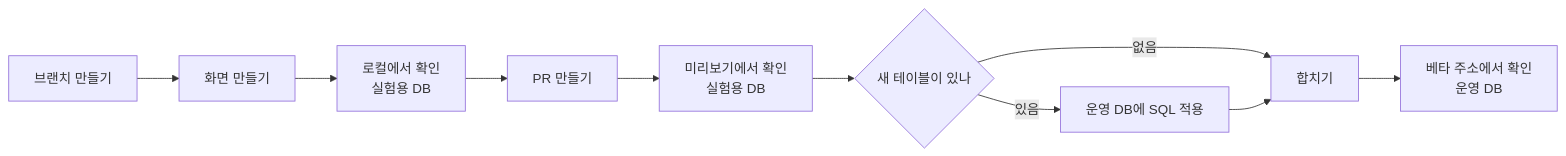
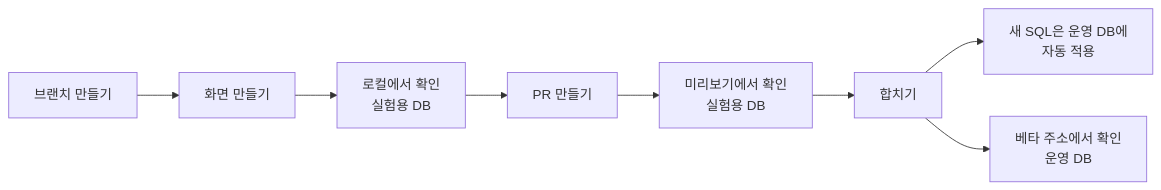
One commit to Rallit/Rallit-Prototype changed the diagram in CONTRIBUTING.md. Above: the diagram before and after it, drawn with Mermaid. The commit also changed other lines of this file and 3 other files, not shown here.

````diff
--- a/CONTRIBUTING.md
+++ b/CONTRIBUTING.md
@@ -6,12 +6,10 @@
 ```mermaid
 flowchart LR
   A[브랜치 만들기] --> B[화면 만들기]
   B --> C[로컬에서 확인<br/>실험용 DB]
   C --> D[PR 만들기]
   D --> E[미리보기에서 확인<br/>실험용 DB]
-  E --> F{새 테이블이 있나}
-  F -->|있음| G[운영 DB에 SQL 적용]
-  F -->|없음| H[합치기]
-  G --> H
+  E --> H[합치기]
+  H --> G[새 SQL은 운영 DB에<br/>자동 적용]
   H --> I[베타 주소에서 확인<br/>운영 DB]
 ```
````
